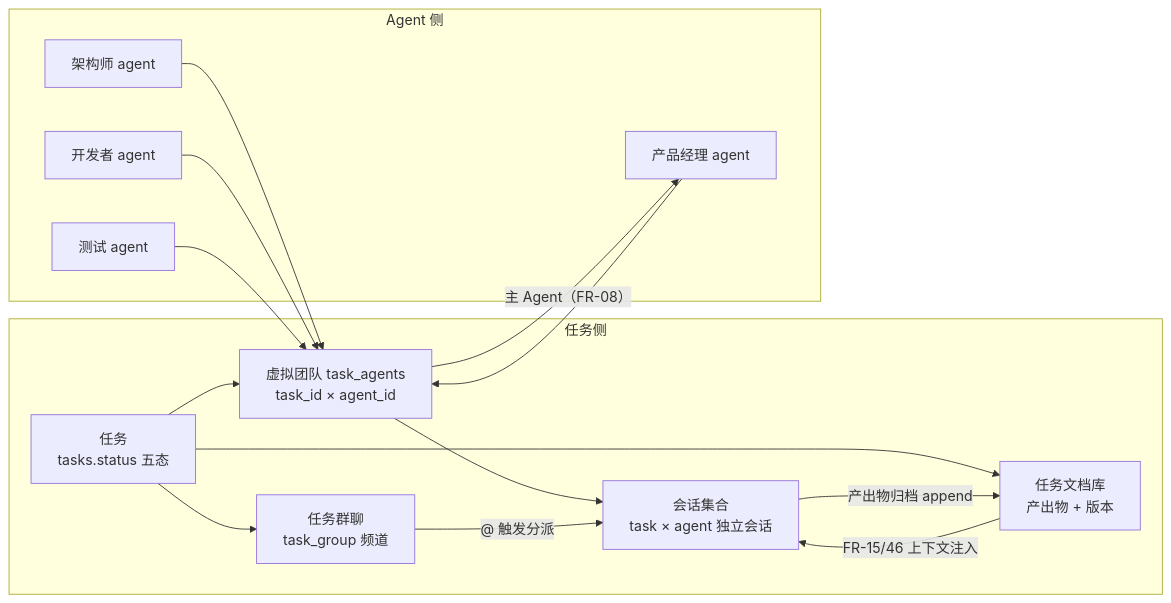
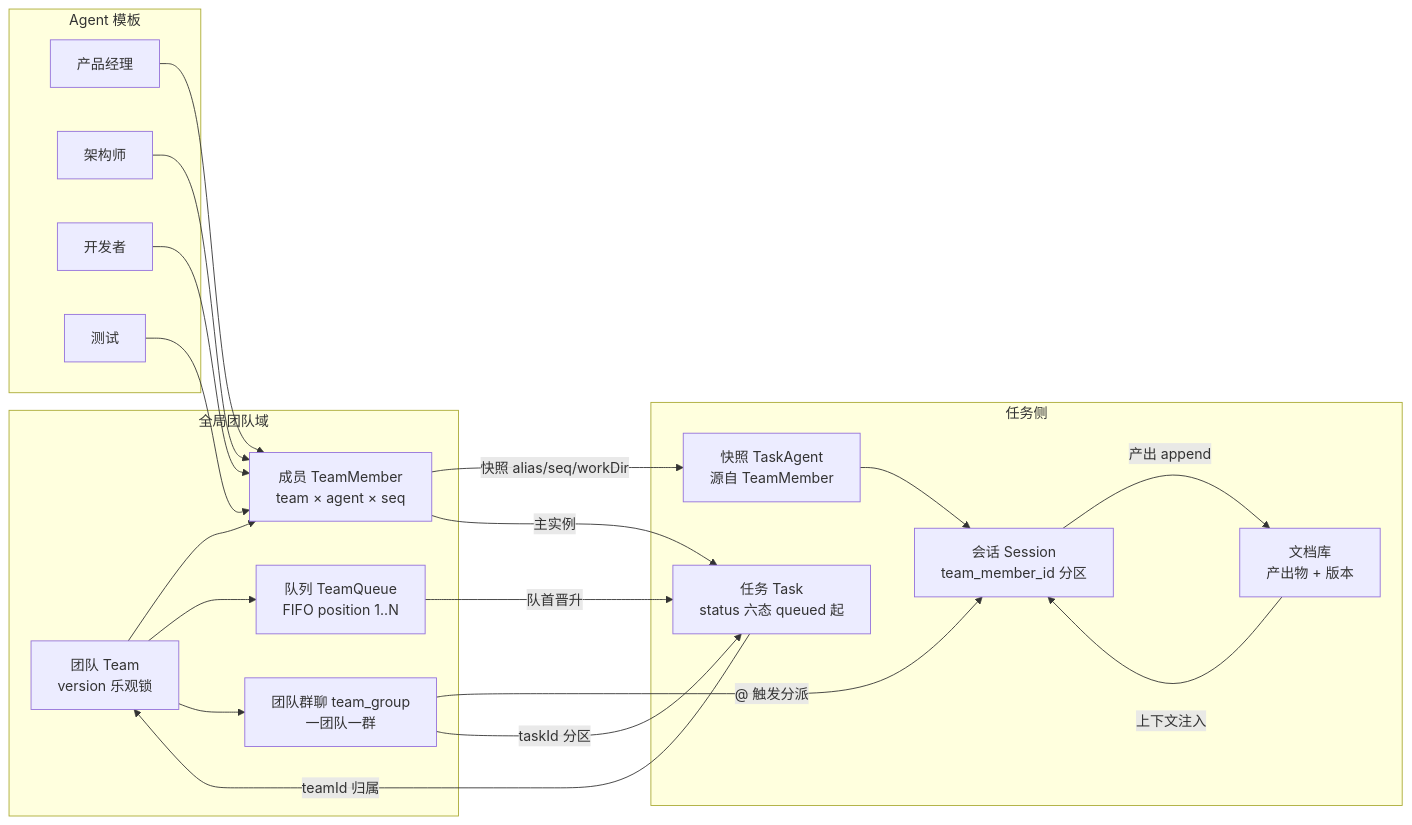
Before and after one commit to guolong123/vteam: the first of 2 diagrams in docs/agent-platform/14-Agent配置与虚拟团队模型.md, drawn with Mermaid. The commit also changed other lines of this file and 118 other files, not shown here.

Commit message:
docs(omo): team-free-chat work plan for team-led execution context

````diff
--- a/docs/agent-platform/14-Agent配置与虚拟团队模型.md
+++ b/docs/agent-platform/14-Agent配置与虚拟团队模型.md
@@ -225,28 +234,37 @@
 ```mermaid
 flowchart LR
+    subgraph 全局团队域
+        TEAM[团队 Team<br/>version 乐观锁]
+        TM[成员 TeamMember<br/>team × agent × seq]
+        TQ[队列 TeamQueue<br/>FIFO position 1..N]
+        CH[团队群聊 team_group<br/>一团队一群]
+    end
     subgraph 任务侧
-        T[任务<br/>tasks.status 五态]
-        TA[虚拟团队 task_agents<br/>task_id × agent_id]
-        CH[任务群聊<br/>task_group 频道]
-        DL[任务文档库<br/>产出物 + 版本]
-        SESS[会话集合<br/>task × agent 独立会话]
+        T[任务 Task<br/>status 六态 queued 起]
+        TA[快照 TaskAgent<br/>源自 TeamMember]
+        DL[文档库<br/>产出物 + 版本]
+        SESS[会话 Session<br/>team_member_id 分区]
     end
-    subgraph Agent 侧
-        A1[产品经理 agent]
-        A2[架构师 agent]
-        A3[开发者 agent]
-        A4[测试 agent]
+    subgraph Agent 模板
+        A1[产品经理]
+        A2[架构师]
+        A3[开发者]
+        A4[测试]
     end
-    T --> CH
-    T --> DL
-    T --> TA
+    TEAM --> TM
+    TEAM --> TQ
+    TEAM --> CH
+    A1 --> TM
+    A2 --> TM
+    A3 --> TM
+    A4 --> TM
+    T -- teamId 归属 --> TEAM
+    TQ -- 队首晋升 --> T
+    TM -- 快照 alias/seq/workDir --> TA
     TA --> SESS
     CH -- @ 触发分派 --> SESS
-    DL -- FR-15/46 上下文注入 --> SESS
-    A1 --> TA
-    A2 --> TA
-    A3 --> TA
-    A4 --> TA
-    TA -- 主 Agent（FR-08）--> A1
-    SESS -- 产出物归档 append --> DL
+    DL -- 上下文注入 --> SESS
+    SESS -- 产出 append --> DL
+    CH -- taskId 分区 --> T
+    TM -- 主实例 --> T
 ```
````
